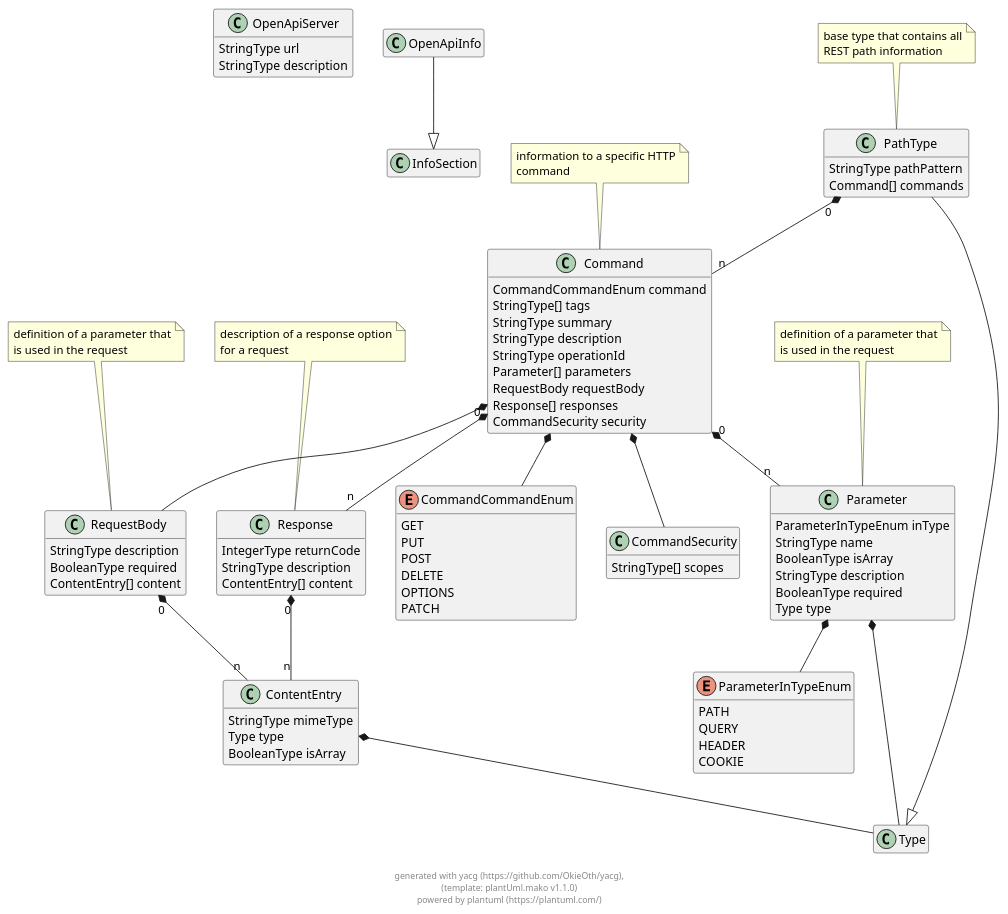
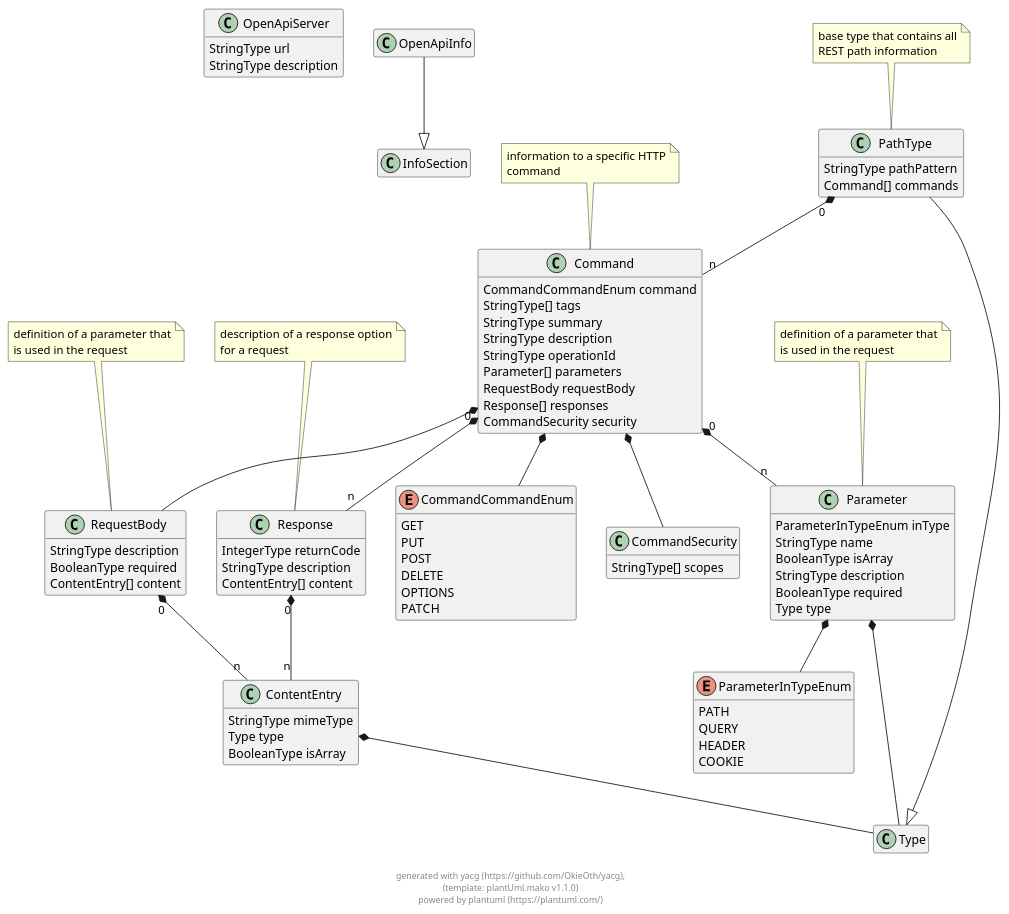
Before and after one commit to OkieOth/yacg: the diagram in docs/puml/yacg_openapi.puml, drawn with PlantUML. The commit also changed other lines of this file and 13 other files, not shown here.

```diff
--- a/docs/puml/yacg_openapi.puml
+++ b/docs/puml/yacg_openapi.puml
@@ -2,160 +2,160 @@
 @startuml
 hide empty methods
 hide empty fields
 
 class OpenApiServer {
         StringType url
         StringType description
 }
 
 
 class OpenApiInfo {
 }
 
 
 OpenApiInfo --|> InfoSection
-class PathType {
-        StringType pathPattern
-        Command[] commands
-}
-
-note top: base type that contains all\nREST path information
-
-PathType --|> Type
 class Command {
         CommandCommandEnum command
         StringType[] tags
         StringType summary
         StringType description
         StringType operationId
         Parameter[] parameters
         RequestBody requestBody
         Response[] responses
         CommandSecurity security
 }
 
 note top: information to a specific HTTP\ncommand
 
+class PathType {
+        StringType pathPattern
+        Command[] commands
+}
+
+note top: base type that contains all\nREST path information
+
+PathType --|> Type
 enum CommandCommandEnum {
     GET
     PUT
     POST
     DELETE
     OPTIONS
     PATCH
 }
 
 
 class Parameter {
         ParameterInTypeEnum inType
         StringType name
         BooleanType isArray
         StringType description
         BooleanType required
         Type type
 }
 
 note top: definition of a parameter that\nis used in the request
 
 class RequestBody {
         StringType description
         BooleanType required
         ContentEntry[] content
 }
 
 note top: definition of a parameter that\nis used in the request
 
 class Response {
         IntegerType returnCode
         StringType description
         ContentEntry[] content
 }
 
 note top: description of a response option\nfor a request
 
 class CommandSecurity {
         StringType[] scopes
 }
 
 
 class ContentEntry {
         StringType mimeType
         Type type
         BooleanType isArray
 }
 
 
 enum ParameterInTypeEnum {
     PATH
     QUERY
     HEADER
     COOKIE
 }
 
 
 
     
 
 
     
     
-
-PathType "0" *-- "n" Command
-            
-
-    
 Command  *--  CommandCommandEnum
             
 
 
 
 
 
 Command "0" *-- "n" Parameter
             
 
 Command  *--  RequestBody
             
 
 Command "0" *-- "n" Response
             
 
 Command  *--  CommandSecurity
+            
+
+    
+
+PathType "0" *-- "n" Command
             
 
     
     
 Parameter  *--  ParameterInTypeEnum
             
 
 
 
 
 
 Parameter  *--  Type
             
 
     
 
 
 RequestBody "0" *-- "n" ContentEntry
             
 
     
 
 
 Response "0" *-- "n" ContentEntry
             
 
     
 
     
 
 ContentEntry  *--  Type
             
 
 
     
 
 footer \ngenerated with yacg (https://github.com/OkieOth/yacg),\n(template: plantUml.mako v1.1.0)\npowered by plantuml (https://plantuml.com/)
 @enduml
```
